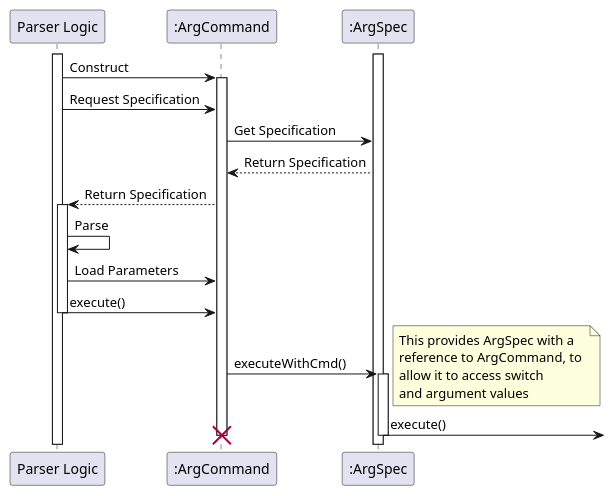
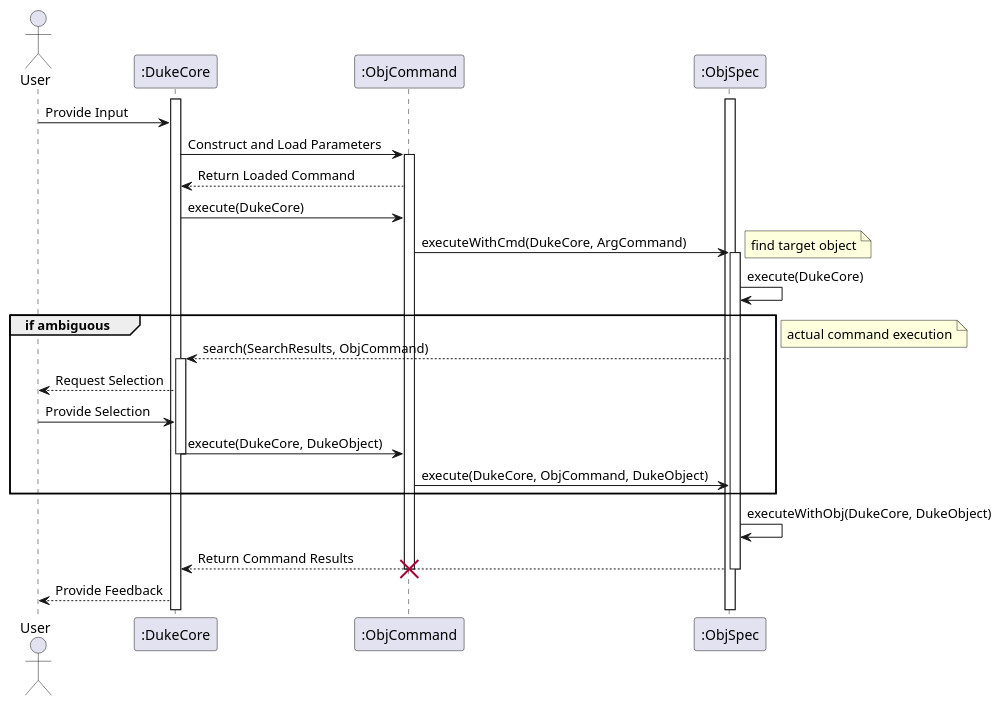
Before and after one commit to nusCS2113-AY1920S1/PersonalAssistant-Duke: the diagram in docs/images/plantuml/objcommand.pu, drawn with PlantUML. The commit also changed 4 other files, not shown here.

Commit message:
Complete sequence diagrams

```diff
--- a/docs/images/plantuml/objcommand.pu
+++ b/docs/images/plantuml/objcommand.pu
@@ -1,33 +1,31 @@
 @startuml
-participant "Parser Logic"
-participant ":ArgCommand"
-participant ":ArgSpec"
+actor User
+activate ":DukeCore"
+participant ":ObjCommand"
+activate ":ObjSpec"
 
-activate "Parser Logic"
-activate ":ArgSpec"
-"Parser Logic" -> ":ArgCommand" : Construct
-activate ":ArgCommand"
-
-"Parser Logic" -> ":ArgCommand" : Request Specification
-":ArgCommand" -> ":ArgSpec" : Get Specification
-":ArgCommand" <-- ":ArgSpec" : Return Specification
-"Parser Logic" <-- ":ArgCommand" : Return Specification
-
-activate "Parser Logic"
-"Parser Logic" -> "Parser Logic" : Parse
-"Parser Logic" -> ":ArgCommand" : Load Parameters
-"Parser Logic" -> ":ArgCommand" : execute()
-deactivate "Parser Logic"
-
-":ArgCommand" -> ":ArgSpec" : executeWithCmd()
-note right
-  This provides ArgSpec with a
-  reference to ArgCommand, to 
-  allow it to access switch 
-  and argument values
-end note
-activate ":ArgSpec"
-":ArgSpec" ->] : execute()
-deactivate ":ArgSpec"
-destroy ":ArgCommand"
+User -> ":DukeCore" : Provide Input
+":DukeCore" -> ":ObjCommand" : Construct and Load Parameters
+activate ":ObjCommand"
+":DukeCore" <-- ":ObjCommand" : Return Loaded Command
+":DukeCore" -> ":ObjCommand" : execute(DukeCore)
+":ObjCommand" -> ":ObjSpec" : executeWithCmd(DukeCore, ArgCommand)
+activate ":ObjSpec"
+note right : find target object
+":ObjSpec" -> ":ObjSpec" : execute(DukeCore) 
+group if ambiguous
+  ":DukeCore" <-- ":ObjSpec" : search(SearchResults, ObjCommand)
+  activate ":DukeCore"
+  User <-- ":DukeCore" : Request Selection
+  User -> ":DukeCore" : Provide Selection
+  ":DukeCore" -> ":ObjCommand" : execute(DukeCore, DukeObject)
+  deactivate ":DukeCore"
+  ":ObjCommand" -> ":ObjSpec" : execute(DukeCore, ObjCommand, DukeObject)
+end
+note right : actual command execution
+":ObjSpec" -> ":ObjSpec" : executeWithObj(DukeCore, DukeObject)
+":DukeCore" <-- ":ObjSpec" : Return Command Results
+deactivate ":ObjSpec"
+destroy ":ObjCommand"
+User <-- ":DukeCore" : Provide Feedback
 @enduml
```
